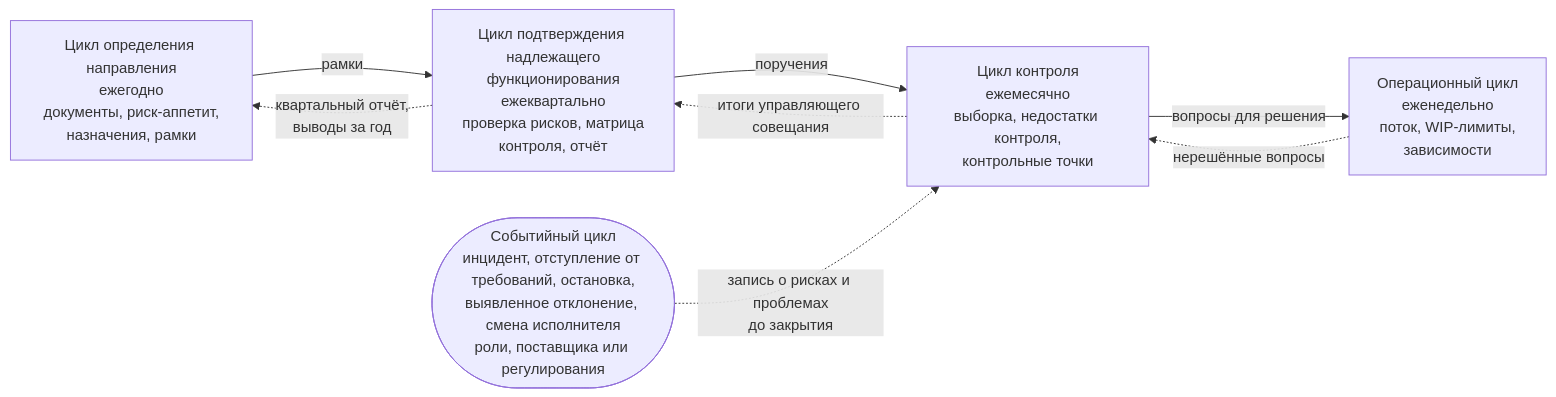
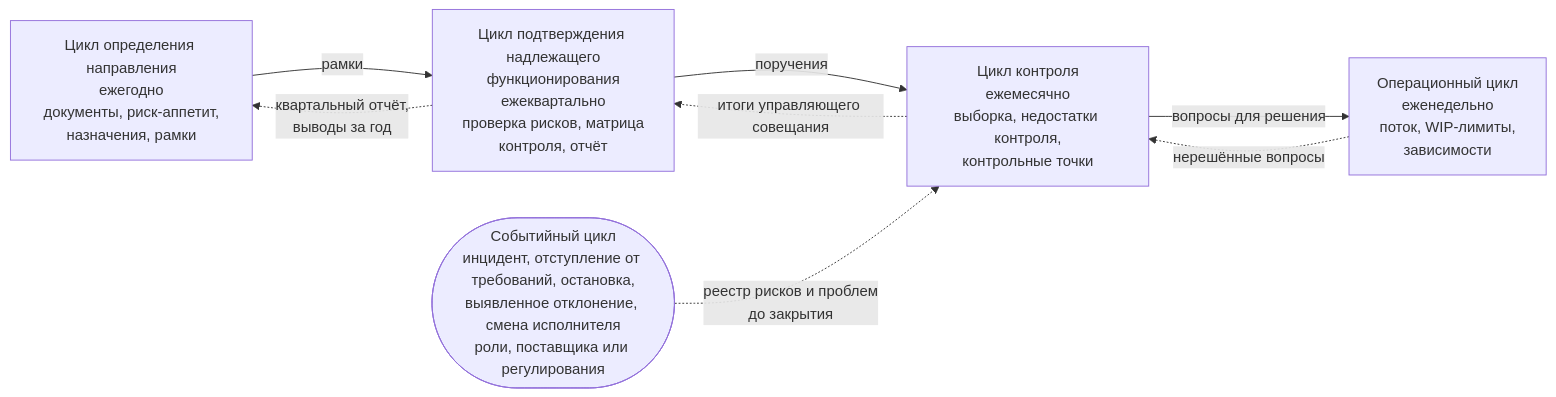
The diagram in portal/content/ru/governance/the-control-loops.md (devhogu/ob-aicc), drawn with Mermaid before and after one commit. The commit also changed other lines of this file and 370 other files, not shown here.

````diff
--- a/portal/content/ru/governance/the-control-loops.md
+++ b/portal/content/ru/governance/the-control-loops.md
@@ -25,10 +25,10 @@
 ```mermaid
 flowchart LR
   Y["Цикл определения направления<br/>ежегодно<br/>документы, риск-аппетит,<br/>назначения, рамки"] -->|"рамки"| Q["Цикл подтверждения надлежащего<br/>функционирования<br/>ежеквартально<br/>проверка рисков, матрица<br/>контроля, отчёт"]
   Q -->|"поручения"| M["Цикл контроля<br/>ежемесячно<br/>выборка, недостатки контроля,<br/>контрольные точки"]
   M -->|"вопросы для решения"| W["Операционный цикл<br/>еженедельно<br/>поток, WIP-лимиты,<br/>зависимости"]
   W -.->|"нерешённые вопросы"| M
   M -.->|"итоги управляющего совещания"| Q
   Q -.->|"квартальный отчёт,<br/>выводы за год"| Y
-  E(["Событийный цикл<br/>инцидент, отступление от требований, остановка,<br/>выявленное отклонение, смена исполнителя<br/>роли, поставщика или регулирования"]) -.->|"запись о рисках и проблемах<br/>до закрытия"| M
+  E(["Событийный цикл<br/>инцидент, отступление от требований, остановка,<br/>выявленное отклонение, смена исполнителя<br/>роли, поставщика или регулирования"]) -.->|"реестр рисков и проблем<br/>до закрытия"| M
 ```
````
